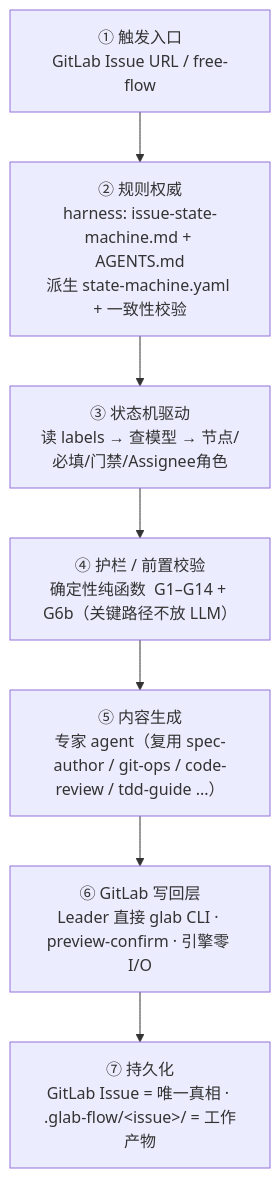
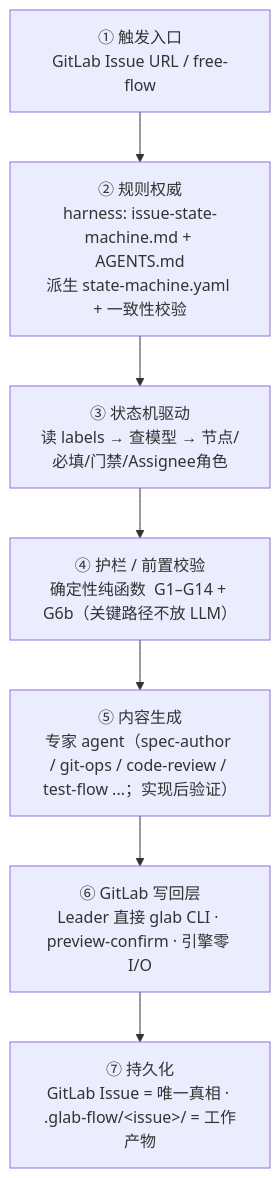
The third of 3 diagrams in docs/flow.md (jinx911/glab-flow), drawn with Mermaid before and after one commit. The commit also changed other lines of this file and 30 other files, not shown here.

````diff
--- a/docs/flow.md
+++ b/docs/flow.md
@@ -74,10 +74,10 @@
 ```mermaid
 flowchart TD
     L1["① 触发入口<br/>GitLab Issue URL / free-flow"] --> L2
     L2["② 规则权威<br/>harness: issue-state-machine.md + AGENTS.md<br/>派生 state-machine.yaml + 一致性校验"] --> L3
     L3["③ 状态机驱动<br/>读 labels → 查模型 → 节点/必填/门禁/Assignee角色"] --> L4
     L4["④ 护栏 / 前置校验<br/>确定性纯函数  G1–G14 + G6b（关键路径不放 LLM）"] --> L5
-    L5["⑤ 内容生成<br/>专家 agent（复用 spec-author / git-ops / code-review / tdd-guide ...）"] --> L6
+    L5["⑤ 内容生成<br/>专家 agent（spec-author / git-ops / code-review / test-flow ...；实现后验证）"] --> L6
     L6["⑥ GitLab 写回层<br/>Leader 直接 glab CLI · preview-confirm · 引擎零 I/O"] --> L7
     L7["⑦ 持久化<br/>GitLab Issue = 唯一真相 · .glab-flow/&lt;issue&gt;/ = 工作产物"]
 ```
````
